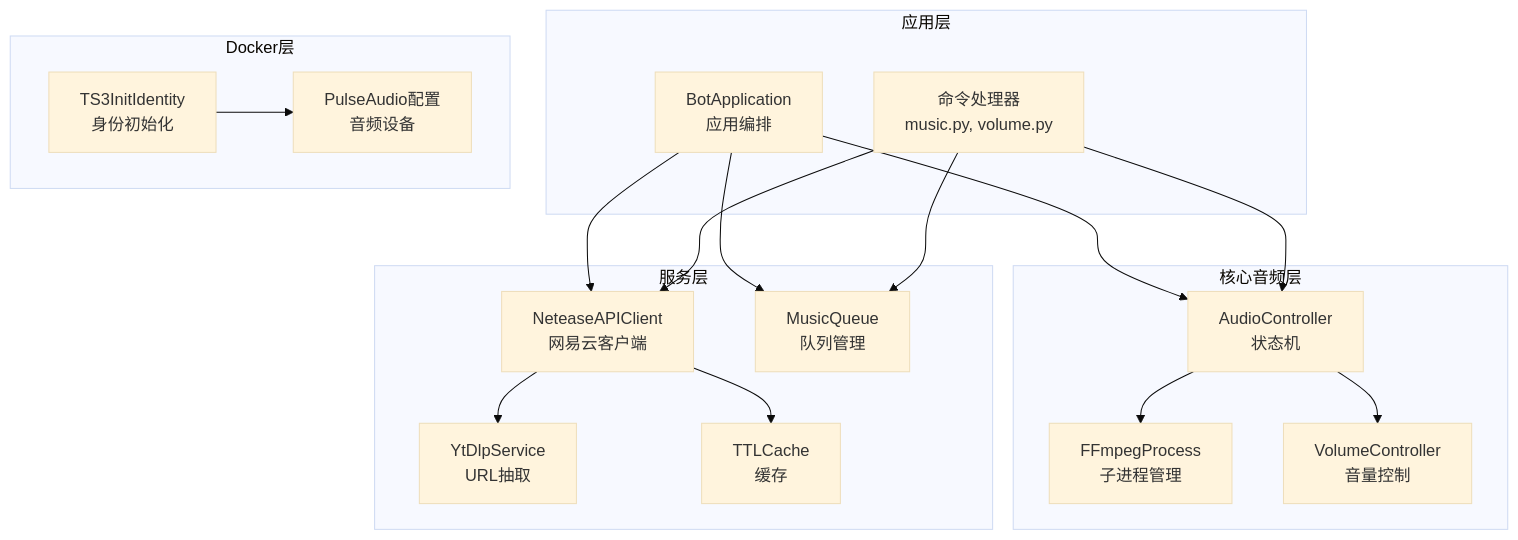
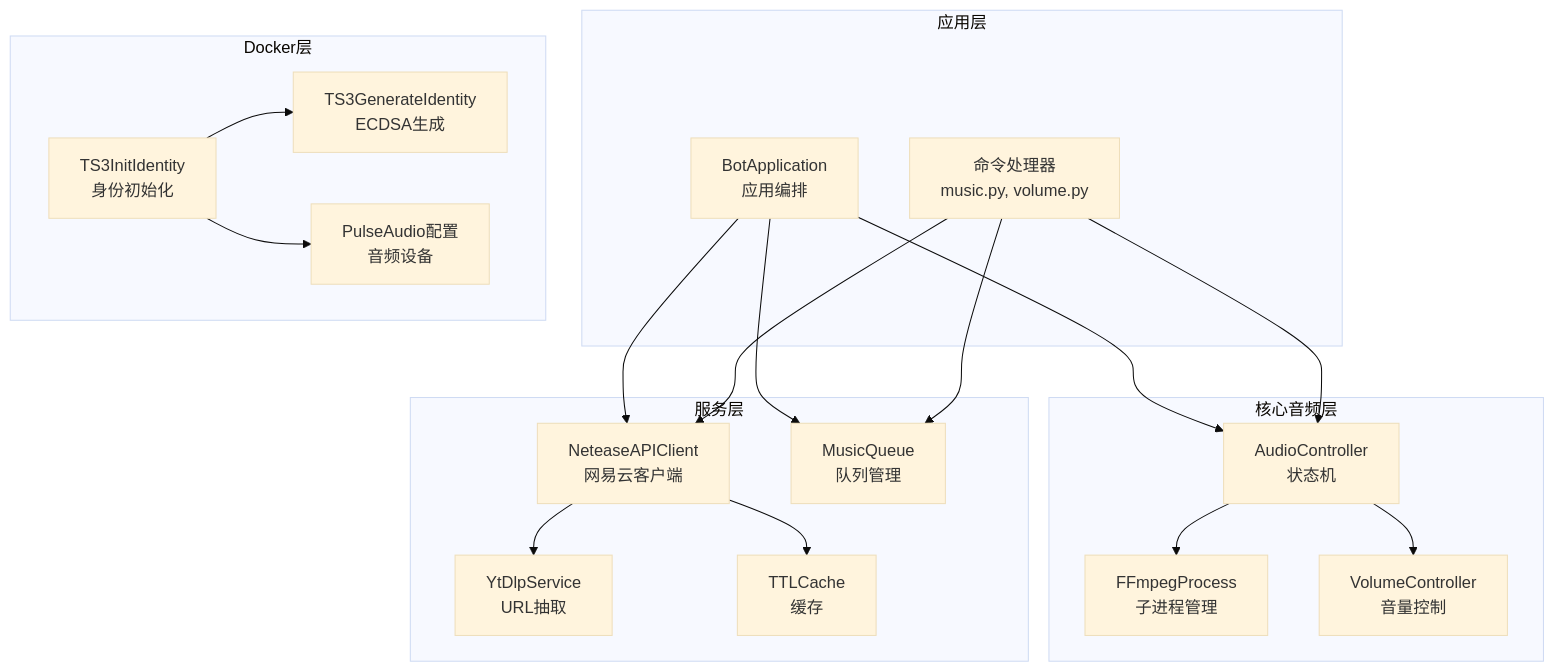
Before and after one commit to GhoulOwl/Teamspeak3_Bot: the first of 11 diagrams in .qoder/repowiki/zh/content/音乐播放系统/音乐播放系统.md, drawn with Mermaid (base theme). The commit also changed other lines of this file and 7 other files, not shown here.

````diff
--- a/.qoder/repowiki/zh/content/音乐播放系统/音乐播放系统.md
+++ b/.qoder/repowiki/zh/content/音乐播放系统/音乐播放系统.md
@@ -70,33 +71,35 @@
 ```mermaid
 graph TB
 subgraph "应用层"
 APP["BotApplication<br/>应用编排"]
 CMD["命令处理器<br/>music.py, volume.py"]
 end
 subgraph "核心音频层"
 CTRL["AudioController<br/>状态机"]
 FFMPEG["FFmpegProcess<br/>子进程管理"]
 VOL["VolumeController<br/>音量控制"]
 end
 subgraph "服务层"
 NET["NeteaseAPIClient<br/>网易云客户端"]
 YT["YtDlpService<br/>URL抽取"]
 QUEUE["MusicQueue<br/>队列管理"]
 CACHE["TTLCache<br/>缓存"]
 end
 subgraph "Docker层"
 TS3INIT["TS3InitIdentity<br/>身份初始化"]
+TS3GEN["TS3GenerateIdentity<br/>ECDSA生成"]
 AUDIOCFG["PulseAudio配置<br/>音频设备"]
 end
 APP --> CTRL
 APP --> QUEUE
 APP --> NET
 CMD --> CTRL
 CMD --> QUEUE
 CMD --> NET
 CTRL --> FFMPEG
 CTRL --> VOL
 NET --> YT
 NET --> CACHE
+TS3INIT --> TS3GEN
 TS3INIT --> AUDIOCFG
 ```
````
